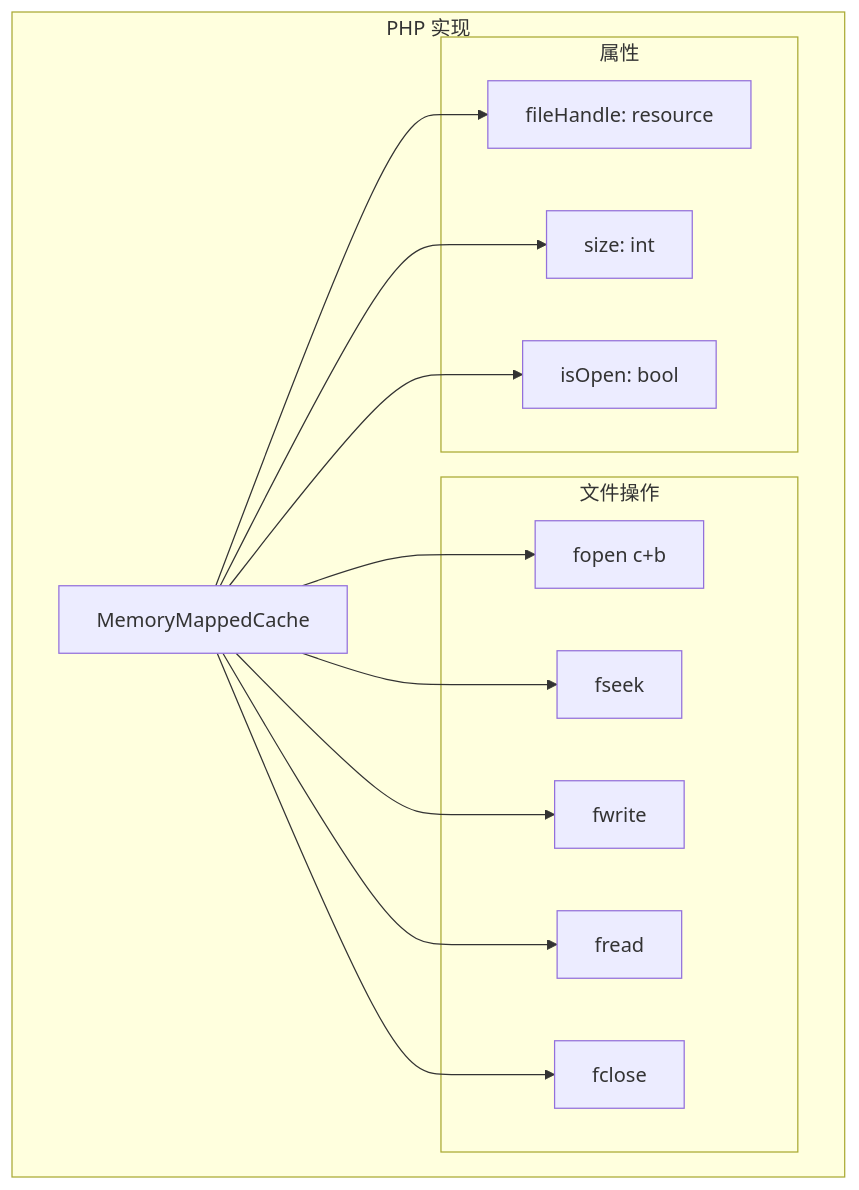
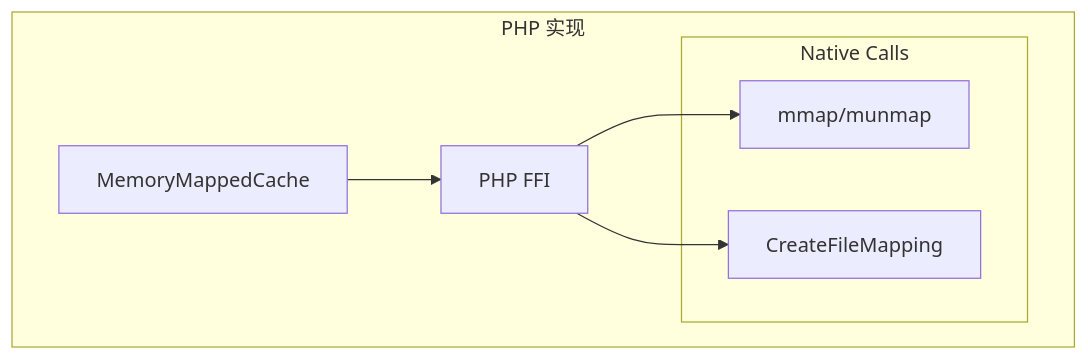
Diagram 16 of 19 in doc/mmap.md (feuyeux/hello-audio-stream), drawn with Mermaid before and after one commit. The commit also changed other lines of this file and 205 other files, not shown here.

````diff
--- a/doc/mmap.md
+++ b/doc/mmap.md
@@ -531,29 +507,16 @@
 ```mermaid
 graph TB
     subgraph "PHP 实现"
         MEM[MemoryMappedCache]
+        FFI[PHP FFI]
         
-        subgraph "文件操作"
-            FOPEN[fopen c+b]
-            FSEEK[fseek]
-            FWRITE[fwrite]
-            FREAD[fread]
-            FCLOSE[fclose]
-        end
-        
-        subgraph "属性"
-            HANDLE[fileHandle: resource]
-            SIZE[size: int]
-            ISOPEN[isOpen: bool]
+        subgraph "Native Calls"
+            LIBC[mmap/munmap]
+            WIN[CreateFileMapping]
         end
     end
     
-    MEM --> FOPEN
-    MEM --> FSEEK
-    MEM --> FWRITE
-    MEM --> FREAD
-    MEM --> FCLOSE
-    MEM --> HANDLE
-    MEM --> SIZE
-    MEM --> ISOPEN
+    MEM --> FFI
+    FFI --> LIBC
+    FFI --> WIN
 ```
````
